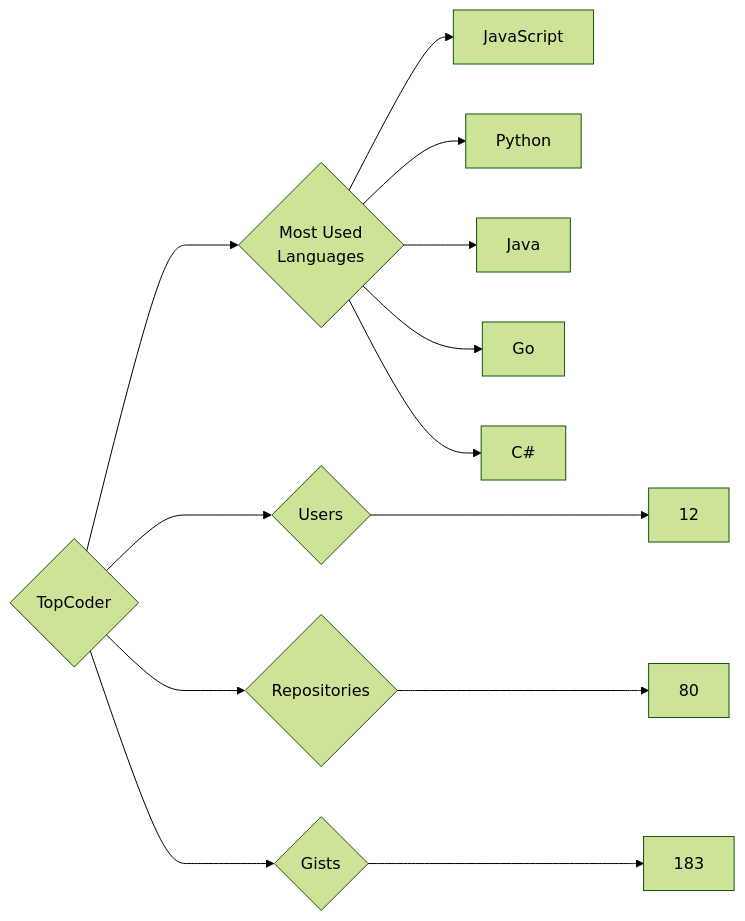
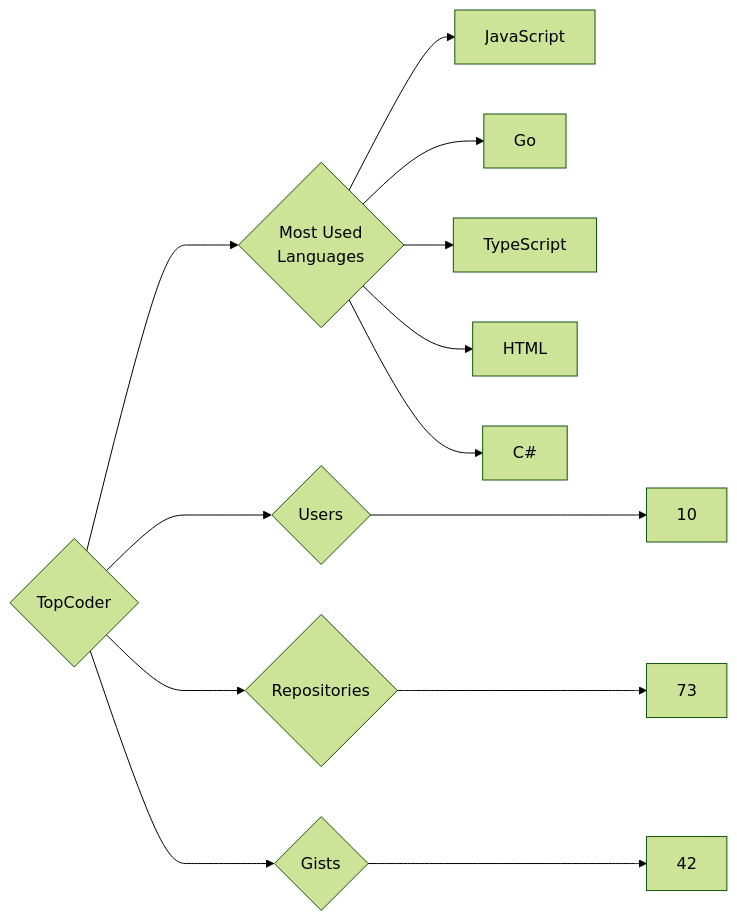
The diagram in targets/TopCoder/README.md (trickest/insiders), drawn with Mermaid (forest theme) before and after one commit. The commit also changed 728 other files, not shown here.

````diff
--- a/targets/TopCoder/README.md
+++ b/targets/TopCoder/README.md
@@ -3,13 +3,13 @@
 ```mermaid
 graph LR
 COMPANY_NAME{TopCoder}
-COMPANY_NAME ---> U{Users} ---> UN[12]
-COMPANY_NAME ---> R{Repositories} ---> RN[80]
-COMPANY_NAME ---> G{Gists} ---> GN[183]
+COMPANY_NAME ---> U{Users} ---> UN[10]
+COMPANY_NAME ---> R{Repositories} ---> RN[73]
+COMPANY_NAME ---> G{Gists} ---> GN[42]
 COMPANY_NAME ---> ML{Most Used<br>Languages}
 ML --> JavaScript[JavaScript]
-ML --> Python[Python]
-ML --> Java[Java]
 ML --> Go[Go]
+ML --> TypeScript[TypeScript]
+ML --> HTML[HTML]
 ML --> C#[C#]
 ```
````
